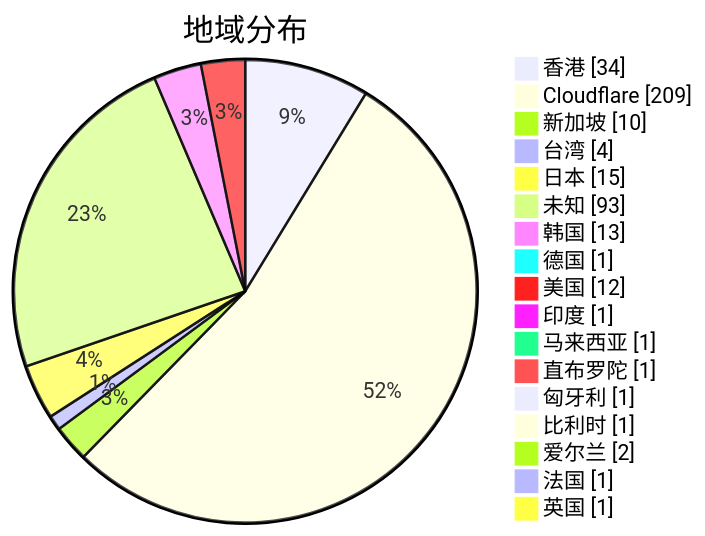
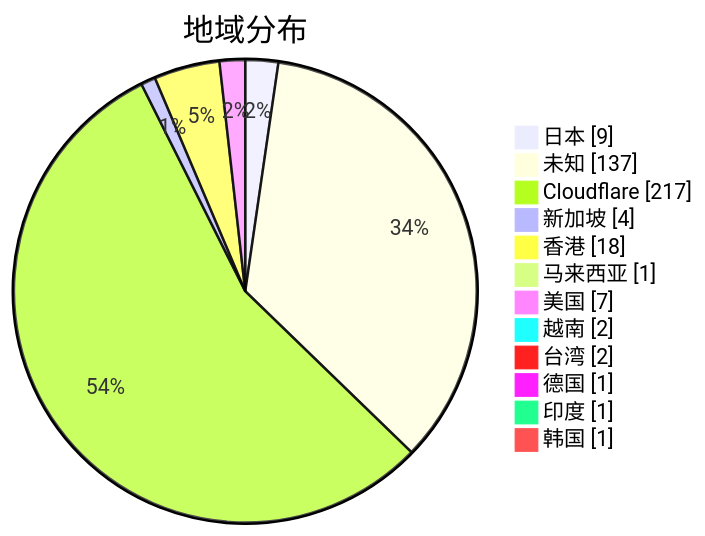
Before and after one commit to qjlxg/airport: the second of 3 diagrams in subs/statistics/tested_within.md, drawn with Mermaid. The commit also changed other lines of this file and 2 other files, not shown here.

Commit message:
Tested by metaST

````diff
--- a/subs/statistics/tested_within.md
+++ b/subs/statistics/tested_within.md
@@ -13,21 +13,16 @@
 ```mermaid
 pie showData
 title 地域分布
-"香港" : 34
-"Cloudflare" : 209
-"新加坡" : 10
-"台湾" : 4
-"日本" : 15
-"未知" : 93
-"韩国" : 13
+"日本" : 9
+"未知" : 137
+"Cloudflare" : 217
+"新加坡" : 4
+"香港" : 18
+"马来西亚" : 1
+"美国" : 7
+"越南" : 2
+"台湾" : 2
 "德国" : 1
-"美国" : 12
 "印度" : 1
-"马来西亚" : 1
-"直布罗陀" : 1
-"匈牙利" : 1
-"比利时" : 1
-"爱尔兰" : 2
-"法国" : 1
-"英国" : 1
+"韩国" : 1
 ```
````
